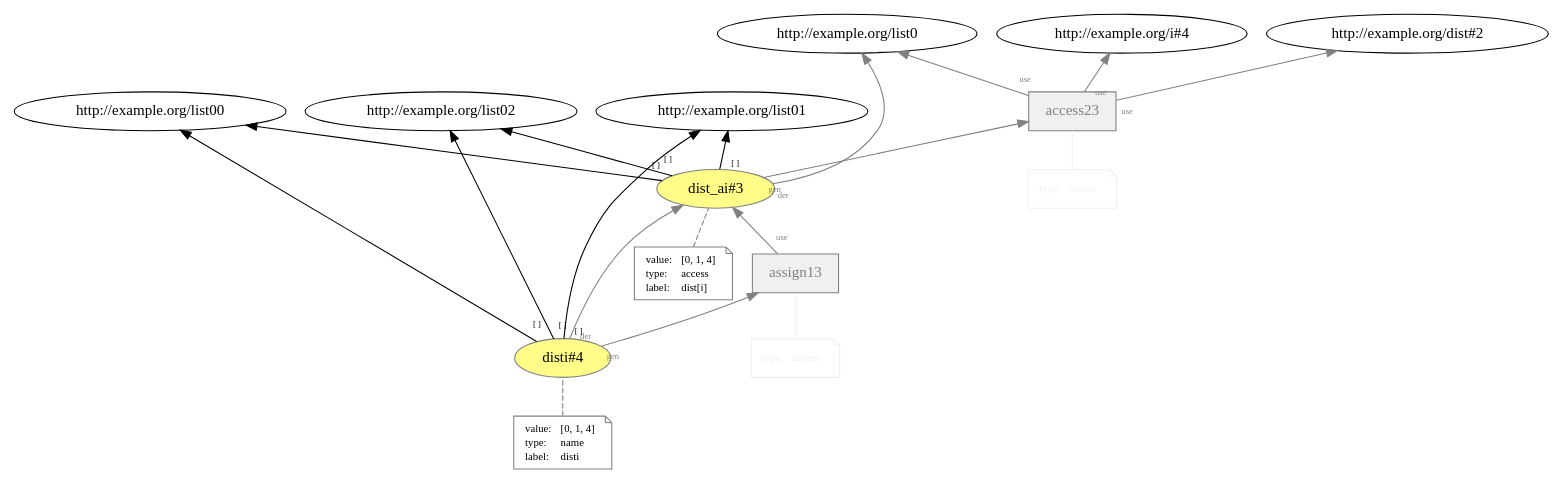
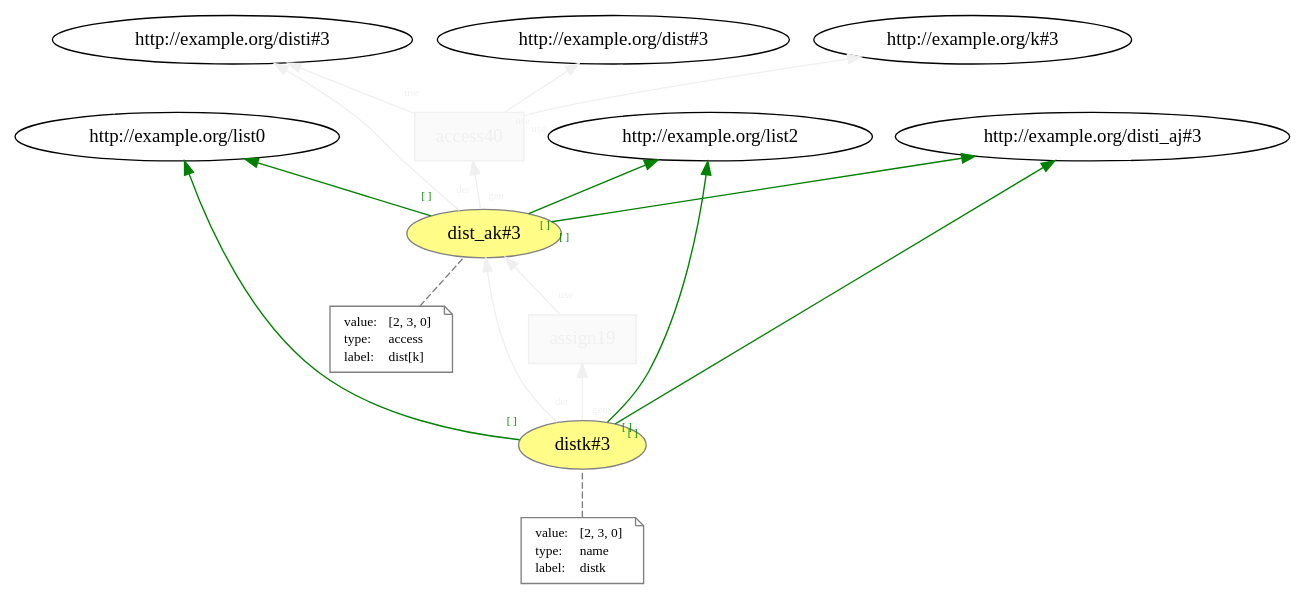
The diagram in images/plain_prov/temp/L13__access__assign_3.dot (dew-uff/versioned-prov), drawn with Graphviz before and after one commit. The commit also changed 834 other files, not shown here.

```diff
--- a/images/plain_prov/temp/L13__access__assign_3.dot
+++ b/images/plain_prov/temp/L13__access__assign_3.dot
@@ -1,64 +1,50 @@
 digraph "PROV" { size="16,12"; rankdir="BT";
-"http://example.org/dist_ai#3" [fillcolor="#FFFC87",color="#808080",style="filled",label="dist_ai#3",URL="http://example.org/dist_ai#3"]
+"http://example.org/dist_ak#3" [fillcolor="#FFFC87",color="#808080",style="filled",label="dist_ak#3",URL="http://example.org/dist_ak#3"]
 "-attrs0" [color="gray",shape="note",fontsize="10",fontcolor="black",label=<<TABLE cellpadding="0" border="0">
 	<TR>
 	    <TD align="left">value:</TD>
-	    <TD align="left">[0, 1, 4]</TD>
+	    <TD align="left">[2, 3, 0]</TD>
 	</TR>
 	<TR>
 	    <TD align="left">type:</TD>
 	    <TD align="left">access</TD>
 	</TR>
 	<TR>
 	    <TD align="left">label:</TD>
-	    <TD align="left">dist[i]</TD>
+	    <TD align="left">dist[k]</TD>
 	</TR>
 </TABLE>>]
-"-attrs0" -> "http://example.org/dist_ai#3" [color="gray",style="dashed",arrowhead="none"]
-"http://example.org/dist_ai#3" -> "http://example.org/list00" [labelfontsize="8",labeldistance="1.5",labelangle="60.0",rotation="20",taillabel="[ ]"]
-"http://example.org/dist_ai#3" -> "http://example.org/list01" [labelfontsize="8",labeldistance="1.5",labelangle="60.0",rotation="20",taillabel="[ ]"]
-"http://example.org/dist_ai#3" -> "http://example.org/list02" [labelfontsize="8",labeldistance="1.5",labelangle="60.0",rotation="20",taillabel="[ ]"]
-"http://example.org/access23" [fillcolor="#F0F0F0",color="gray",shape="polygon",sides="4",style="filled",label="access23",URL="http://example.org/access23",fontcolor="gray"]
-"-attrs1" [color="#F0F0F0",shape="note",fontsize="10",fontcolor="black",label=<<TABLE cellpadding="0" border="0">
-	<TR>
-	    <TD align="left"><font color="#F0F0F0">type:</font></TD>
-	    <TD align="left"><font color="#F0F0F0">access</font></TD>
-	</TR>
-</TABLE>>]
-"-attrs1" -> "http://example.org/access23" [color="#F0F0F0",style="dashed",arrowhead="none"]
-"http://example.org/access23" -> "http://example.org/list0" [labelfontsize="8",labeldistance="1.5",labelangle="60.0",rotation="20",taillabel="use",fontcolor="gray",color="gray"]
-"http://example.org/dist_ai#3" -> "http://example.org/list0" [labelfontsize="8",labeldistance="1.5",labelangle="60.0",rotation="20",taillabel="der",fontcolor="gray",color="gray"]
-"http://example.org/dist_ai#3" -> "http://example.org/access23" [labelfontsize="8",labeldistance="1.5",labelangle="60.0",rotation="20",taillabel="gen",fontcolor="gray",color="gray"]
-"http://example.org/access23" -> "http://example.org/dist#2" [labelfontsize="8",labeldistance="1.5",labelangle="60.0",rotation="20",taillabel="use",fontcolor="gray",color="gray"]
-"http://example.org/access23" -> "http://example.org/i#4" [labelfontsize="8",labeldistance="1.5",labelangle="60.0",rotation="20",taillabel="use",fontcolor="gray",color="gray"]
-"http://example.org/disti#4" [fillcolor="#FFFC87",color="#808080",style="filled",label="disti#4",URL="http://example.org/disti#4"]
-"-attrs2" [color="gray",shape="note",fontsize="10",fontcolor="black",label=<<TABLE cellpadding="0" border="0">
+"-attrs0" -> "http://example.org/dist_ak#3" [color="gray",style="dashed",arrowhead="none"]
+"http://example.org/dist_ak#3" -> "http://example.org/list0" [labelfontsize="8",labeldistance="1.5",labelangle="60.0",rotation="20",taillabel="[ ]",specific="true",fontcolor="green",color="green"]
+"http://example.org/dist_ak#3" -> "http://example.org/list2" [labelfontsize="8",labeldistance="1.5",labelangle="60.0",rotation="20",taillabel="[ ]",specific="true",fontcolor="green",color="green"]
+"http://example.org/dist_ak#3" -> "http://example.org/disti_aj#3" [labelfontsize="8",labeldistance="1.5",labelangle="60.0",rotation="20",taillabel="[ ]",specific="true",fontcolor="green",color="green"]
+"http://example.org/access40" [fillcolor="#FAFAFA",color="#F0F0F0",shape="polygon",sides="4",style="filled",hide="true",fontcolor="#F0F0F0",label="access40",URL="http://example.org/access40"]
+"http://example.org/access40" -> "http://example.org/disti#3" [labelfontsize="8",labeldistance="1.5",labelangle="60.0",rotation="20",taillabel="use",hide="true",fontcolor="#F0F0F0",color="#F0F0F0"]
+"http://example.org/dist_ak#3" -> "http://example.org/disti#3" [labelfontsize="8",labeldistance="1.5",labelangle="60.0",rotation="20",taillabel="der",hide="true",fontcolor="#F0F0F0",color="#F0F0F0"]
+"http://example.org/dist_ak#3" -> "http://example.org/access40" [labelfontsize="8",labeldistance="1.5",labelangle="60.0",rotation="20",taillabel="gen",hide="true",fontcolor="#F0F0F0",color="#F0F0F0"]
+"http://example.org/access40" -> "http://example.org/dist#3" [labelfontsize="8",labeldistance="1.5",labelangle="60.0",rotation="20",taillabel="use",hide="true",fontcolor="#F0F0F0",color="#F0F0F0"]
+"http://example.org/access40" -> "http://example.org/k#3" [labelfontsize="8",labeldistance="1.5",labelangle="60.0",rotation="20",taillabel="use",hide="true",fontcolor="#F0F0F0",color="#F0F0F0"]
+"http://example.org/distk#3" [fillcolor="#FFFC87",color="#808080",style="filled",label="distk#3",URL="http://example.org/distk#3"]
+"-attrs1" [color="gray",shape="note",fontsize="10",fontcolor="black",label=<<TABLE cellpadding="0" border="0">
 	<TR>
 	    <TD align="left">value:</TD>
-	    <TD align="left">[0, 1, 4]</TD>
+	    <TD align="left">[2, 3, 0]</TD>
 	</TR>
 	<TR>
 	    <TD align="left">type:</TD>
 	    <TD align="left">name</TD>
 	</TR>
 	<TR>
 	    <TD align="left">label:</TD>
-	    <TD align="left">disti</TD>
+	    <TD align="left">distk</TD>
 	</TR>
 </TABLE>>]
-"-attrs2" -> "http://example.org/disti#4" [color="gray",style="dashed",arrowhead="none"]
-"http://example.org/disti#4" -> "http://example.org/list00" [labelfontsize="8",labeldistance="1.5",labelangle="60.0",rotation="20",taillabel="[ ]"]
-"http://example.org/disti#4" -> "http://example.org/list01" [labelfontsize="8",labeldistance="1.5",labelangle="60.0",rotation="20",taillabel="[ ]"]
-"http://example.org/disti#4" -> "http://example.org/list02" [labelfontsize="8",labeldistance="1.5",labelangle="60.0",rotation="20",taillabel="[ ]"]
-"http://example.org/assign13" [fillcolor="#F0F0F0",color="gray",shape="polygon",sides="4",style="filled",label="assign13",URL="http://example.org/assign13",fontcolor="gray"]
-"-attrs3" [color="#F0F0F0",shape="note",fontsize="10",fontcolor="black",label=<<TABLE cellpadding="0" border="0">
-	<TR>
-	    <TD align="left"><font color="#F0F0F0">type:</font></TD>
-	    <TD align="left"><font color="#F0F0F0">assign</font></TD>
-	</TR>
-</TABLE>>]
-"-attrs3" -> "http://example.org/assign13" [color="#F0F0F0",style="dashed",arrowhead="none"]
-"http://example.org/assign13" -> "http://example.org/dist_ai#3" [labelfontsize="8",labeldistance="1.5",labelangle="60.0",rotation="20",taillabel="use",fontcolor="gray",color="gray"]
-"http://example.org/disti#4" -> "http://example.org/dist_ai#3" [labelfontsize="8",labeldistance="1.5",labelangle="60.0",rotation="20",taillabel="der",fontcolor="gray",color="gray"]
-"http://example.org/disti#4" -> "http://example.org/assign13" [labelfontsize="8",labeldistance="1.5",labelangle="60.0",rotation="20",taillabel="gen",fontcolor="gray",color="gray"]
+"-attrs1" -> "http://example.org/distk#3" [color="gray",style="dashed",arrowhead="none"]
+"http://example.org/distk#3" -> "http://example.org/list0" [labelfontsize="8",labeldistance="1.5",labelangle="60.0",rotation="20",taillabel="[ ]",specific="true",fontcolor="green",color="green"]
+"http://example.org/distk#3" -> "http://example.org/list2" [labelfontsize="8",labeldistance="1.5",labelangle="60.0",rotation="20",taillabel="[ ]",specific="true",fontcolor="green",color="green"]
+"http://example.org/distk#3" -> "http://example.org/disti_aj#3" [labelfontsize="8",labeldistance="1.5",labelangle="60.0",rotation="20",taillabel="[ ]",specific="true",fontcolor="green",color="green"]
+"http://example.org/assign19" [fillcolor="#FAFAFA",color="#F0F0F0",shape="polygon",sides="4",style="filled",hide="true",fontcolor="#F0F0F0",label="assign19",URL="http://example.org/assign19"]
+"http://example.org/assign19" -> "http://example.org/dist_ak#3" [labelfontsize="8",labeldistance="1.5",labelangle="60.0",rotation="20",taillabel="use",hide="true",fontcolor="#F0F0F0",color="#F0F0F0"]
+"http://example.org/distk#3" -> "http://example.org/dist_ak#3" [labelfontsize="8",labeldistance="1.5",labelangle="60.0",rotation="20",taillabel="der",hide="true",fontcolor="#F0F0F0",color="#F0F0F0"]
+"http://example.org/distk#3" -> "http://example.org/assign19" [labelfontsize="8",labeldistance="1.5",labelangle="60.0",rotation="20",taillabel="gen",hide="true",fontcolor="#F0F0F0",color="#F0F0F0"]
 }
```
